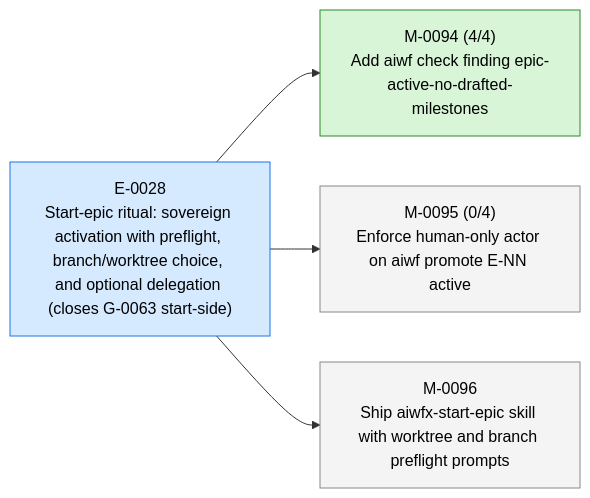
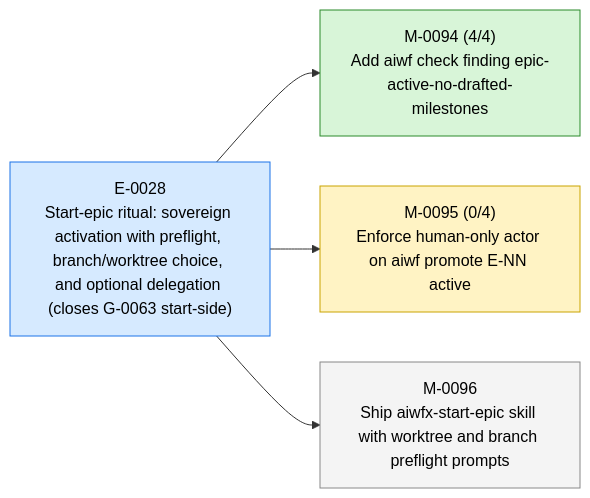
The first of 3 diagrams in STATUS.md (23min/aiwf), drawn with Mermaid before and after one commit. The commit also changed other lines of this file and 1 other file, not shown here.

First line of the commit message:
aiwf promote M-0095 draft -> in_progress

````diff
--- a/STATUS.md
+++ b/STATUS.md
@@ -15,16 +15,16 @@
 ```mermaid
 flowchart LR
   E_0028["E-0028<br/>Start-epic ritual: sovereign activation with preflight, branch/worktree choice, and optional delegation (closes G-0063 start-side)"]:::epic_active
   M_0094["M-0094 (4/4)<br/>Add aiwf check finding epic-active-no-drafted-milestones"]:::ms_done
   E_0028 --> M_0094
-  M_0095["M-0095 (0/4)<br/>Enforce human-only actor on aiwf promote E-NN active"]:::ms_draft
+  M_0095["M-0095 (0/4)<br/>Enforce human-only actor on aiwf promote E-NN active"]:::ms_in_progress
   E_0028 --> M_0095
   M_0096["M-0096<br/>Ship aiwfx-start-epic skill with worktree and branch preflight prompts"]:::ms_draft
   E_0028 --> M_0096
   classDef epic_active fill:#d6eaff,stroke:#1a73e8,color:#000
   classDef epic_proposed fill:#f4f4f4,stroke:#888,color:#000
   classDef ms_done fill:#d8f5d8,stroke:#2a8a2a,color:#000
   classDef ms_in_progress fill:#fff3c4,stroke:#caa400,color:#000
   classDef ms_draft fill:#f4f4f4,stroke:#888,color:#000
   classDef ms_cancelled fill:#fbeaea,stroke:#c33,color:#000
 ```
````
